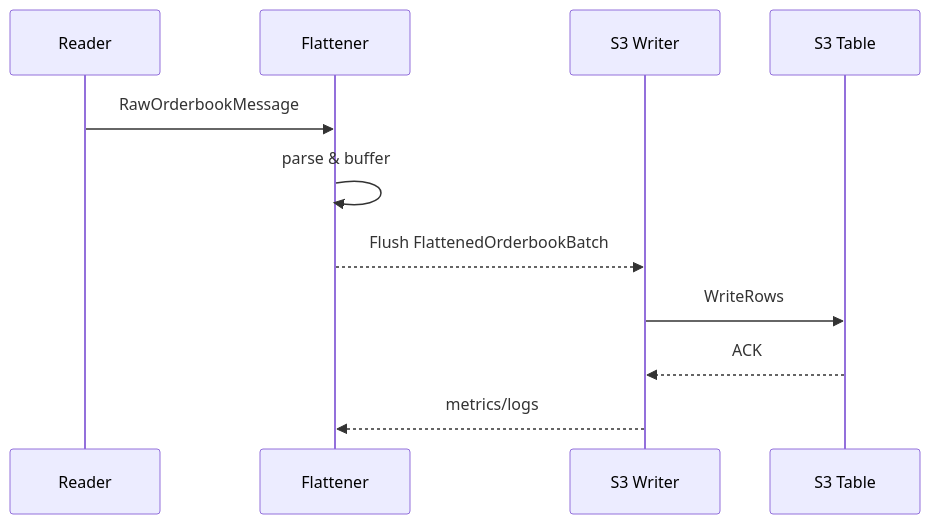
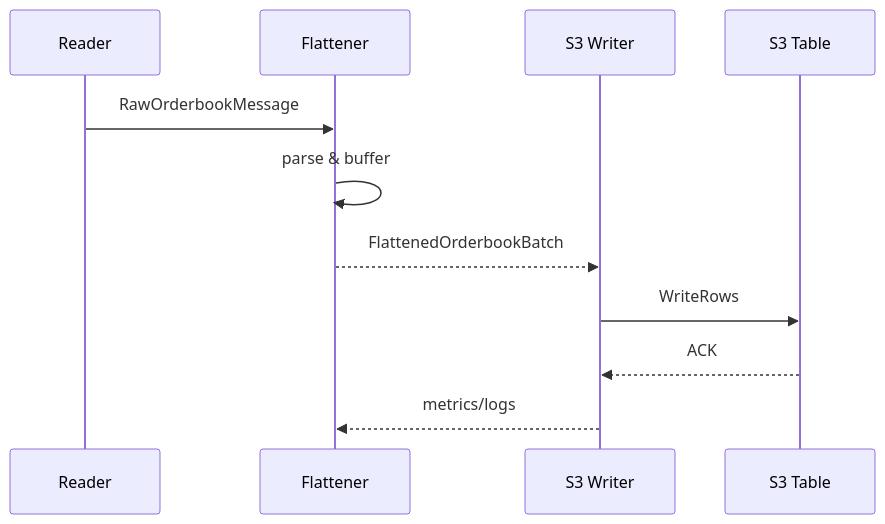
One commit to rahjooh/CryptoTrade changed the diagram in README.md. Above: the diagram before and after it, drawn with Mermaid. The commit also changed other lines of this file and 6 other files, not shown here.

````diff
--- a/README.md
+++ b/README.md
@@ -230,14 +224,14 @@
 ```mermaid
 sequenceDiagram
     participant R as Reader
     participant F as Flattener
     participant W as S3 Writer
     participant S as S3 Table
 
     R->>F: RawOrderbookMessage
     F->>F: parse & buffer
-    F-->>W: Flush FlattenedOrderbookBatch
+    F-->>W: FlattenedOrderbookBatch
     W->>S: WriteRows
     S-->>W: ACK
     W-->>F: metrics/logs
 ```
````
